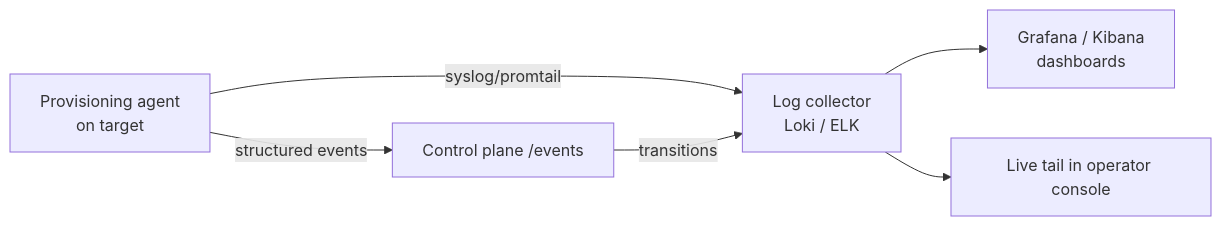
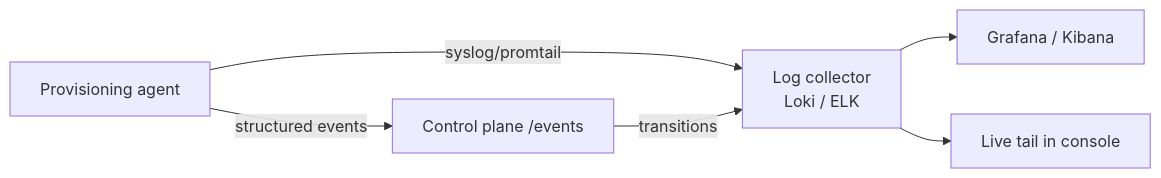
The second of 2 diagrams in docs/07-logging-auditing.md (Manikanta-Reddy-Pasala/PXE-Boot-Design), drawn with Mermaid before and after one commit. The commit also changed other lines of this file and 11 other files, not shown here.

````diff
--- a/docs/07-logging-auditing.md
+++ b/docs/07-logging-auditing.md
@@ -43,8 +28,8 @@
 ```mermaid
 flowchart LR
-  AG[Provisioning agent<br/>on target] -- structured events --> API[Control plane /events]
+  AG[Provisioning agent] -- structured events --> API[Control plane /events]
   AG -- syslog/promtail --> COL[Log collector<br/>Loki / ELK]
   API -- transitions --> COL
-  COL --> GRAF[Grafana / Kibana<br/>dashboards]
-  COL --> UI[Live tail in operator console]
+  COL --> GRAF[Grafana / Kibana]
+  COL --> UI[Live tail in console]
 ```
````
